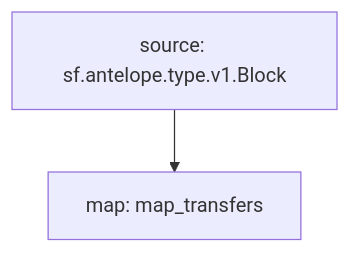
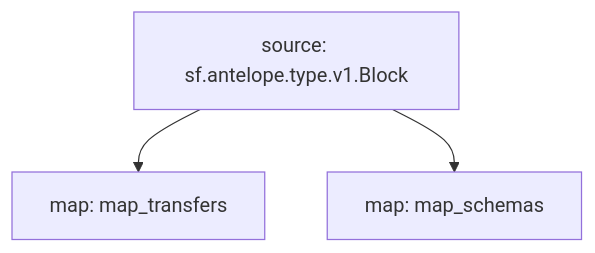
The diagram in README.md (pinax-network/substreams-atomic), drawn with Mermaid before and after one commit. The commit also changed other lines of this file, not shown here.

Commit message:
Updated for map_schemas module

````diff
--- a/README.md
+++ b/README.md
@@ -11,5 +12,7 @@
 ```mermaid
 graph TD;
   map_transfers[map: map_transfers];
   sf.antelope.type.v1.Block[source: sf.antelope.type.v1.Block] --> map_transfers;
+  map_schemas[map: map_schemas];
+  sf.antelope.type.v1.Block[source: sf.antelope.type.v1.Block] --> map_schemas
 ```
````
